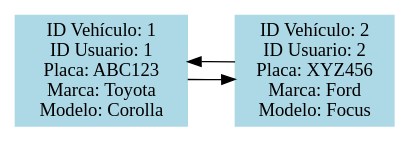
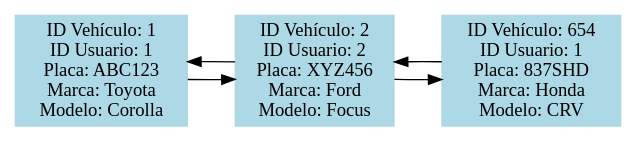
The diagram in reporte_vehiculos.dot (bryanthr6/-EDD-1S2025_201701010), drawn with Graphviz before and after one commit. The commit also changed 26 other files, not shown here.

```diff
--- a/reporte_vehiculos.dot
+++ b/reporte_vehiculos.dot
@@ -1,8 +1,11 @@
 digraph G {
     rankdir=LR;
     node [shape=box, style=filled, color=lightblue];
     vehiculo0 [label="ID Vehículo: 1\nID Usuario: 1\nPlaca: ABC123\nMarca: Toyota\nModelo: Corolla"];
     vehiculo0 -> vehiculo1 [dir=forward];
     vehiculo0 -> vehiculo1 [dir=back];
     vehiculo1 [label="ID Vehículo: 2\nID Usuario: 2\nPlaca: XYZ456\nMarca: Ford\nModelo: Focus"];
+    vehiculo1 -> vehiculo2 [dir=forward];
+    vehiculo1 -> vehiculo2 [dir=back];
+    vehiculo2 [label="ID Vehículo: 654\nID Usuario: 1\nPlaca: 837SHD\nMarca: Honda\nModelo: CRV"];
 }
```
